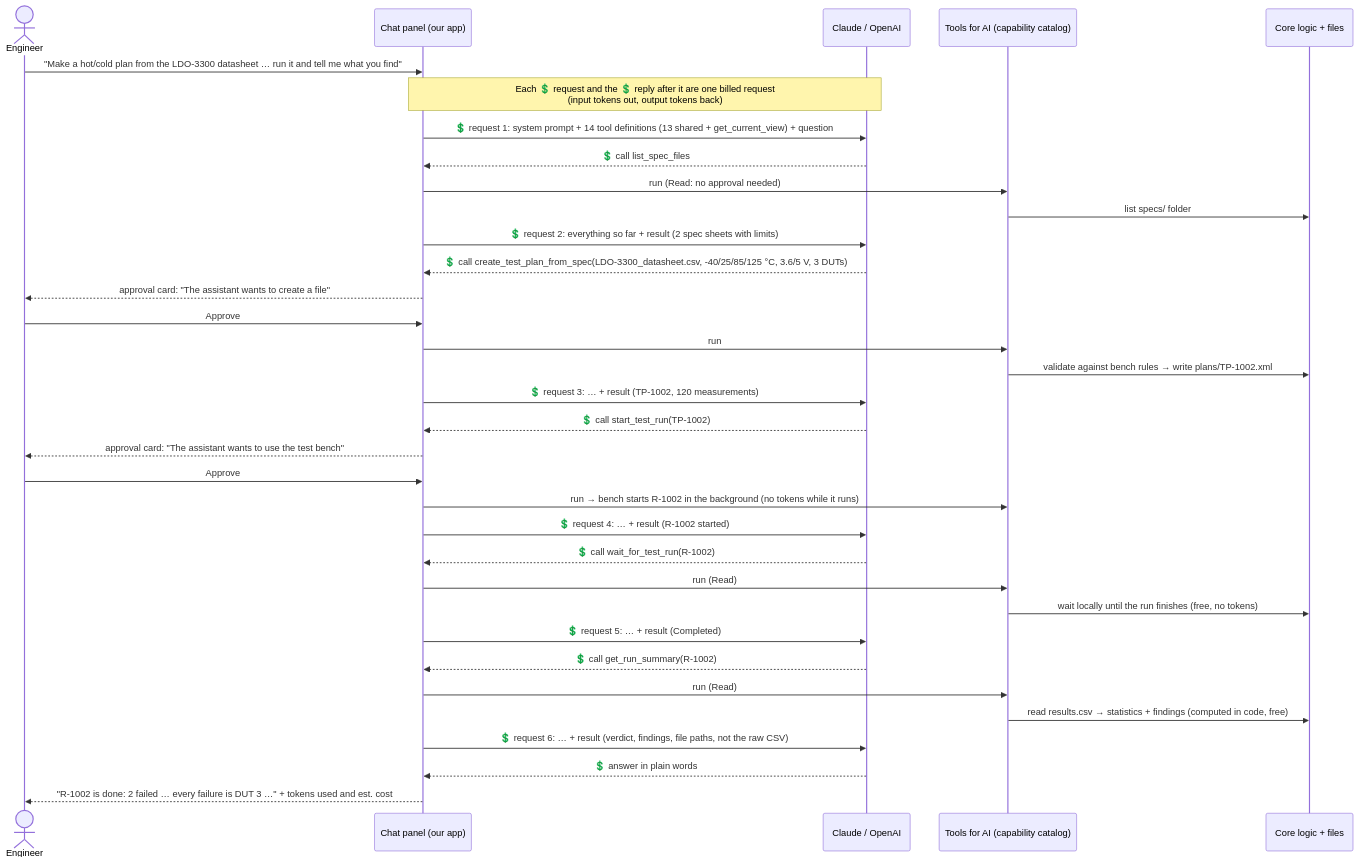
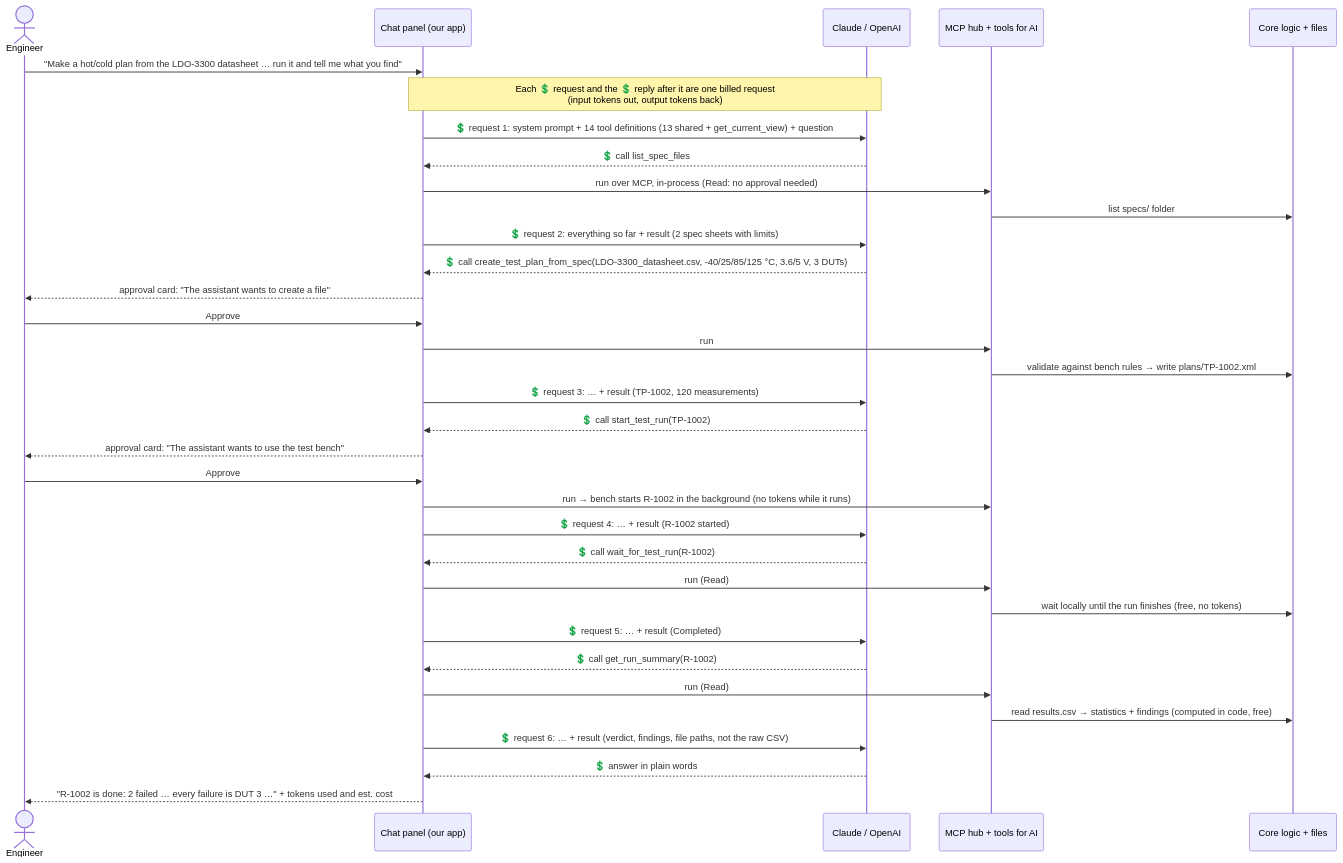
Before and after one commit to RelentlessOldMan/ChatbotAddonDemo: the third of 8 diagrams in docs/design.md, drawn with Mermaid. The commit also changed other lines of this file and 74 other files, not shown here.

First line of the commit message:
Add an MCP hub to the desktop app: one door for the chat, coding agents and other MCP servers

````diff
--- a/docs/design.md
+++ b/docs/design.md
@@ -208,37 +226,37 @@
 ```mermaid
 sequenceDiagram
     actor U as Engineer
     participant P as Chat panel (our app)
     participant M as Claude / OpenAI
-    participant C as Tools for AI (capability catalog)
+    participant C as MCP hub + tools for AI
     participant B as Core logic + files
 
     U->>P: "Make a hot/cold plan from the LDO-3300 datasheet … run it and tell me what you find"
     Note over P,M: Each 💲 request and the 💲 reply after it are one billed request<br/>(input tokens out, output tokens back)
     P->>M: 💲 request 1: system prompt + 14 tool definitions (13 shared + get_current_view) + question
     M-->>P: 💲 call list_spec_files
-    P->>C: run (Read: no approval needed)
+    P->>C: run over MCP, in-process (Read: no approval needed)
     C->>B: list specs/ folder
     P->>M: 💲 request 2: everything so far + result (2 spec sheets with limits)
     M-->>P: 💲 call create_test_plan_from_spec(LDO-3300_datasheet.csv, -40/25/85/125 °C, 3.6/5 V, 3 DUTs)
     P-->>U: approval card: "The assistant wants to create a file"
     U->>P: Approve
     P->>C: run
     C->>B: validate against bench rules → write plans/TP-1002.xml
     P->>M: 💲 request 3: … + result (TP-1002, 120 measurements)
     M-->>P: 💲 call start_test_run(TP-1002)
     P-->>U: approval card: "The assistant wants to use the test bench"
     U->>P: Approve
     P->>C: run → bench starts R-1002 in the background (no tokens while it runs)
     P->>M: 💲 request 4: … + result (R-1002 started)
     M-->>P: 💲 call wait_for_test_run(R-1002)
     P->>C: run (Read)
     C->>B: wait locally until the run finishes (free, no tokens)
     P->>M: 💲 request 5: … + result (Completed)
     M-->>P: 💲 call get_run_summary(R-1002)
     P->>C: run (Read)
     C->>B: read results.csv → statistics + findings (computed in code, free)
     P->>M: 💲 request 6: … + result (verdict, findings, file paths, not the raw CSV)
     M-->>P: 💲 answer in plain words
     P-->>U: "R-1002 is done: 2 failed … every failure is DUT 3 …" + tokens used and est. cost
 ```
````
